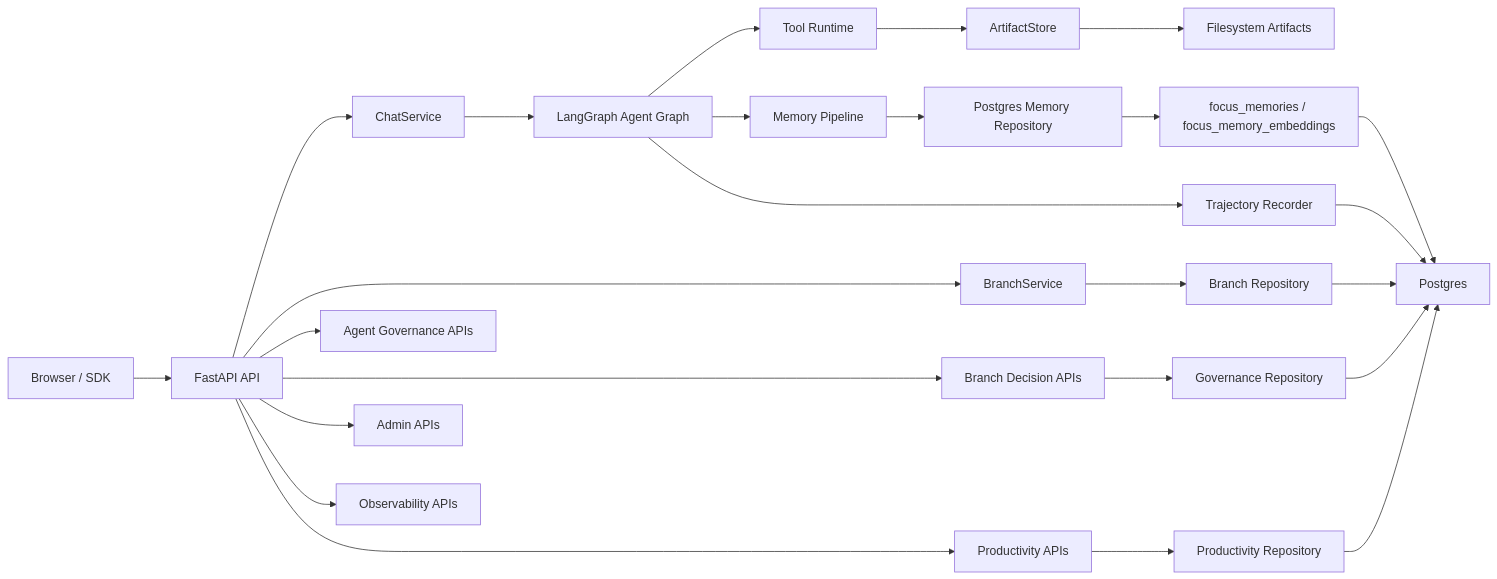
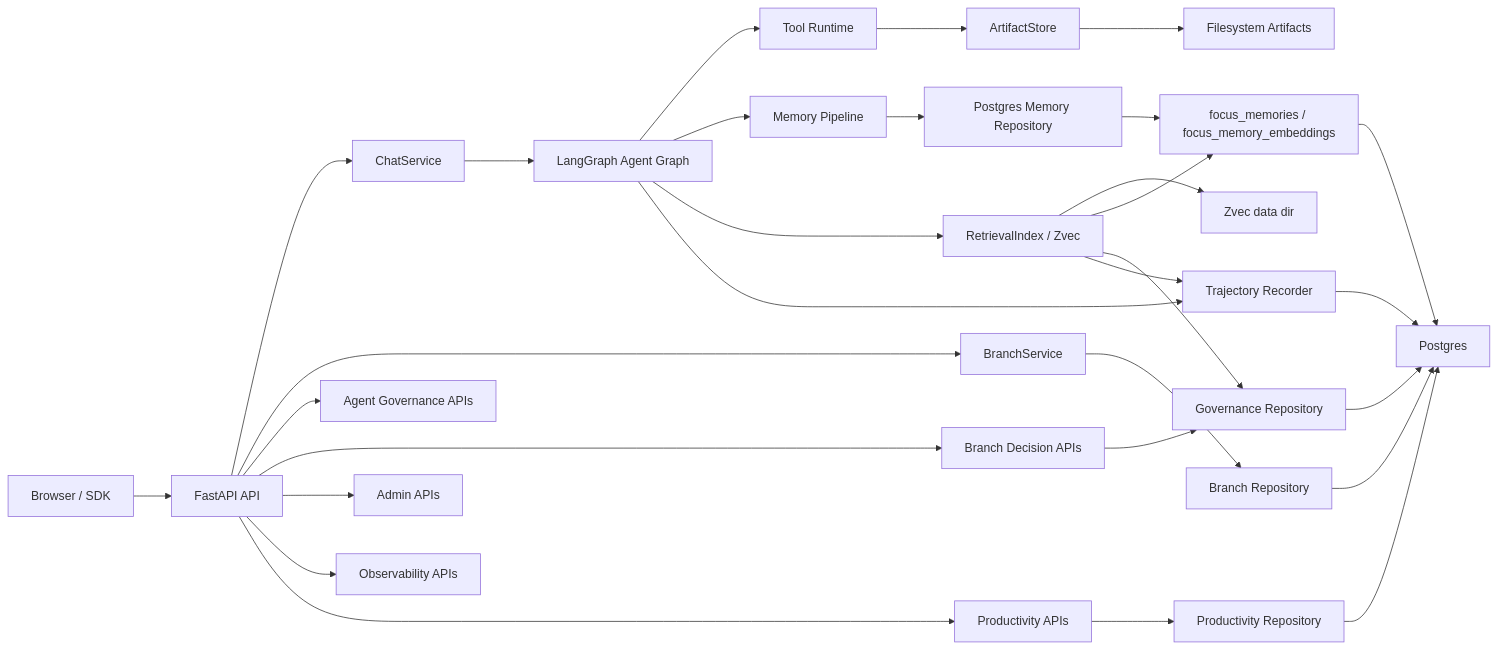
One commit to William-zgx/focus-agent changed the first of 10 diagrams in docs/architecture.md. Above: the diagram before and after it, drawn with Mermaid. The commit also changed other lines of this file and 20 other files, not shown here.

Commit message:
docs: update zvec retrieval documentation

````diff
--- a/docs/architecture.md
+++ b/docs/architecture.md
@@ -53,27 +55,32 @@
 ```mermaid
 flowchart LR
     User["Browser / SDK"] --> API["FastAPI API"]
     API --> Chat["ChatService"]
     API --> Branch["BranchService"]
     API --> Governance["Agent Governance APIs"]
     API --> Decision["Branch Decision APIs"]
     API --> Admin["Admin APIs"]
     API --> Obs["Observability APIs"]
     API --> Productivity["Productivity APIs"]
     Chat --> Graph["LangGraph Agent Graph"]
     Graph --> Tools["Tool Runtime"]
     Graph --> Memory["Memory Pipeline"]
+    Graph --> Retrieval["RetrievalIndex / Zvec"]
     Graph --> Trace["Trajectory Recorder"]
     Branch --> Repo["Branch Repository"]
     Decision --> GovRepo["Governance Repository"]
     Memory --> MemoryRepo["Postgres Memory Repository"]
     MemoryRepo --> MemoryTables["focus_memories / focus_memory_embeddings"]
+    Retrieval --> Zvec["Zvec data dir"]
+    Retrieval --> MemoryTables
+    Retrieval --> GovRepo
+    Retrieval --> Trace
     Trace --> PG["Postgres"]
     Repo --> PG
     Productivity --> ProductivityRepo["Productivity Repository"]
     ProductivityRepo --> PG
     GovRepo --> PG
     MemoryTables --> PG
     Tools --> ArtifactStore["ArtifactStore"]
     ArtifactStore --> Artifacts["Filesystem Artifacts"]
 ```
````
